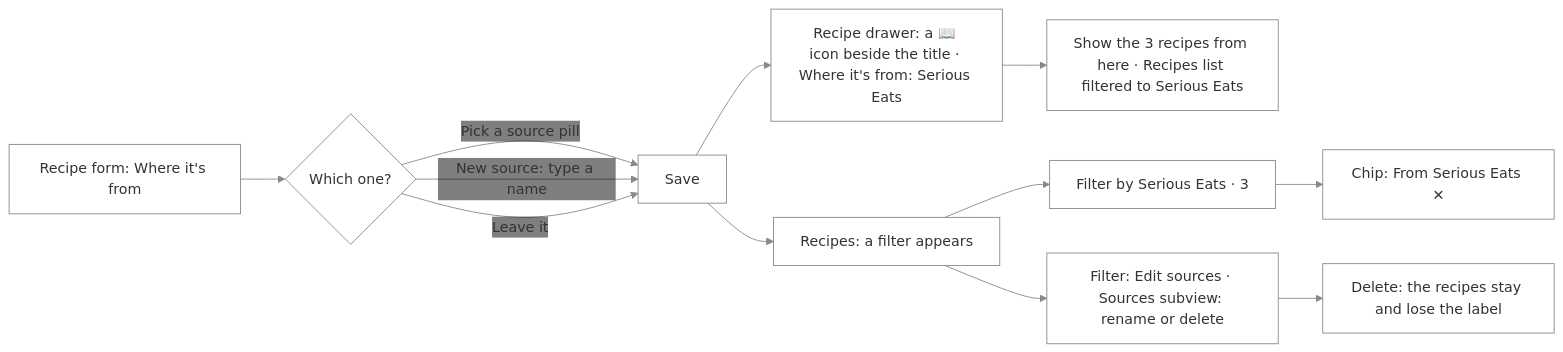
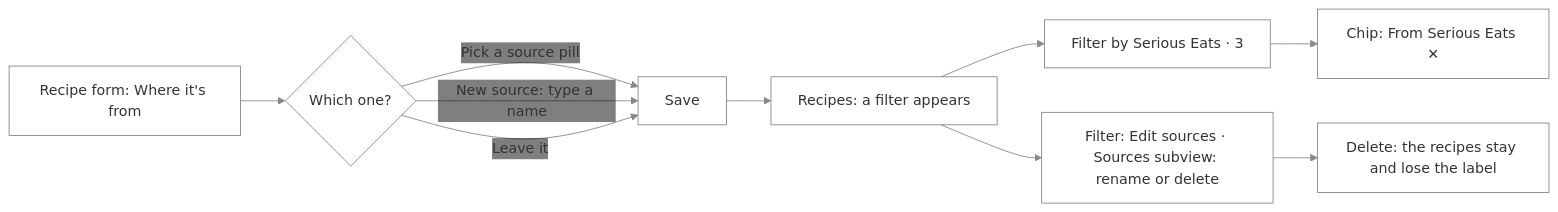
One commit to NovaMoonX/moondreams-dev-apps changed diagram 40 of 55 in src/apps/pinch/UX.md. Above: the diagram before and after it, drawn with Mermaid. The commit also changed other lines of this file and 5 other files, not shown here.

First line of the commit message:
Pinch round 7: the recipe drawer reads straight from ingredients to steps

````diff
--- a/src/apps/pinch/UX.md
+++ b/src/apps/pinch/UX.md
@@ -1342,13 +1340,11 @@
 ```mermaid
 %%{init: {'theme': 'base', 'themeVariables': {'primaryColor': 'transparent', 'clusterBkg': 'transparent', 'primaryBorderColor': '#888888', 'clusterBorder': '#888888', 'lineColor': '#888888', 'primaryTextColor': '#333333'}}}%%
 flowchart LR
     A["Recipe form: Where it's from"] --> B{"Which one?"}
     B -->|Pick a source pill| D[Save]
     B -->|New source: type a name| D
     B -->|Leave it| D
-    D --> E["Recipe drawer: a 📖 icon beside the title · Where it's from: Serious Eats"]
     D --> F["Recipes: a filter appears"]
     F --> G["Filter by Serious Eats · 3"] --> H["Chip: From Serious Eats ✕"]
-    E --> E2["Show the 3 recipes from here · Recipes list filtered to Serious Eats"]
     F --> I["Filter: Edit sources · Sources subview: rename or delete"] --> J["Delete: the recipes stay and lose the label"]
 ```
````
